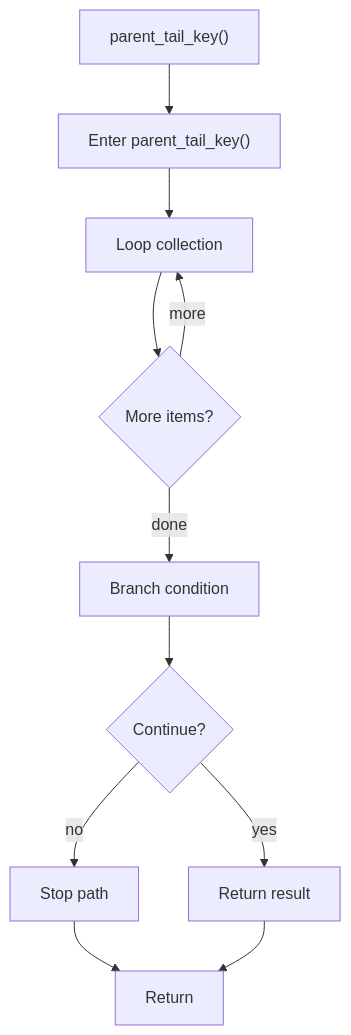
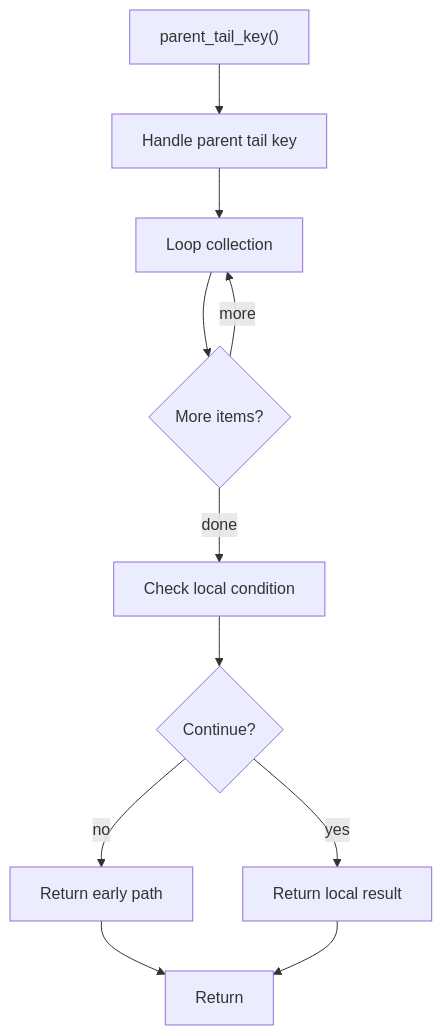
One commit to JohnAndrewBalbarosa/NeoTerritory changed the diagram in docs/Codebase/Microservice/Modules/Source/HashingMechanism/HashLinks/Common/Flow/functions/parent_tail_key.cpp.md. Above: the diagram before and after it, drawn with Mermaid. The commit also changed other lines of this file and 925 other files, not shown here.

````diff
--- a/docs/Codebase/Microservice/Modules/Source/HashingMechanism/HashLinks/Common/Flow/functions/parent_tail_key.cpp.md
+++ b/docs/Codebase/Microservice/Modules/Source/HashingMechanism/HashLinks/Common/Flow/functions/parent_tail_key.cpp.md
@@ -18,22 +18,22 @@
 ```mermaid
 flowchart TD
     Start["parent_tail_key()"]
-    N0["Enter parent_tail_key()"]
+    N0["Handle parent tail key"]
     N1["Loop collection"]
     L1{"More items?"}
-    N2["Branch condition"]
+    N2["Check local condition"]
     D2{"Continue?"}
-    R2["Stop path"]
-    N3["Return result"]
+    R2["Return early path"]
+    N3["Return local result"]
     End["Return"]
     Start --> N0
     N0 --> N1
     N1 --> L1
     L1 -->|more| N1
     L1 -->|done| N2
     N2 --> D2
     D2 -->|yes| N3
     D2 -->|no| R2
     R2 --> End
     N3 --> End
 ```
````
